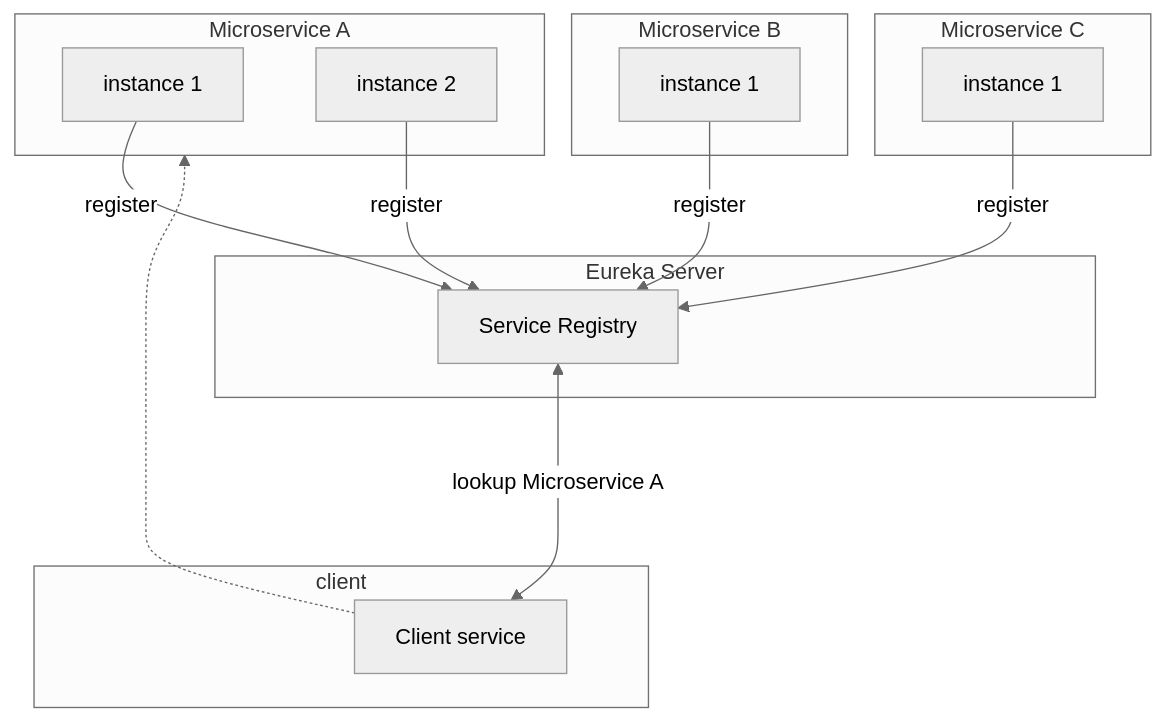
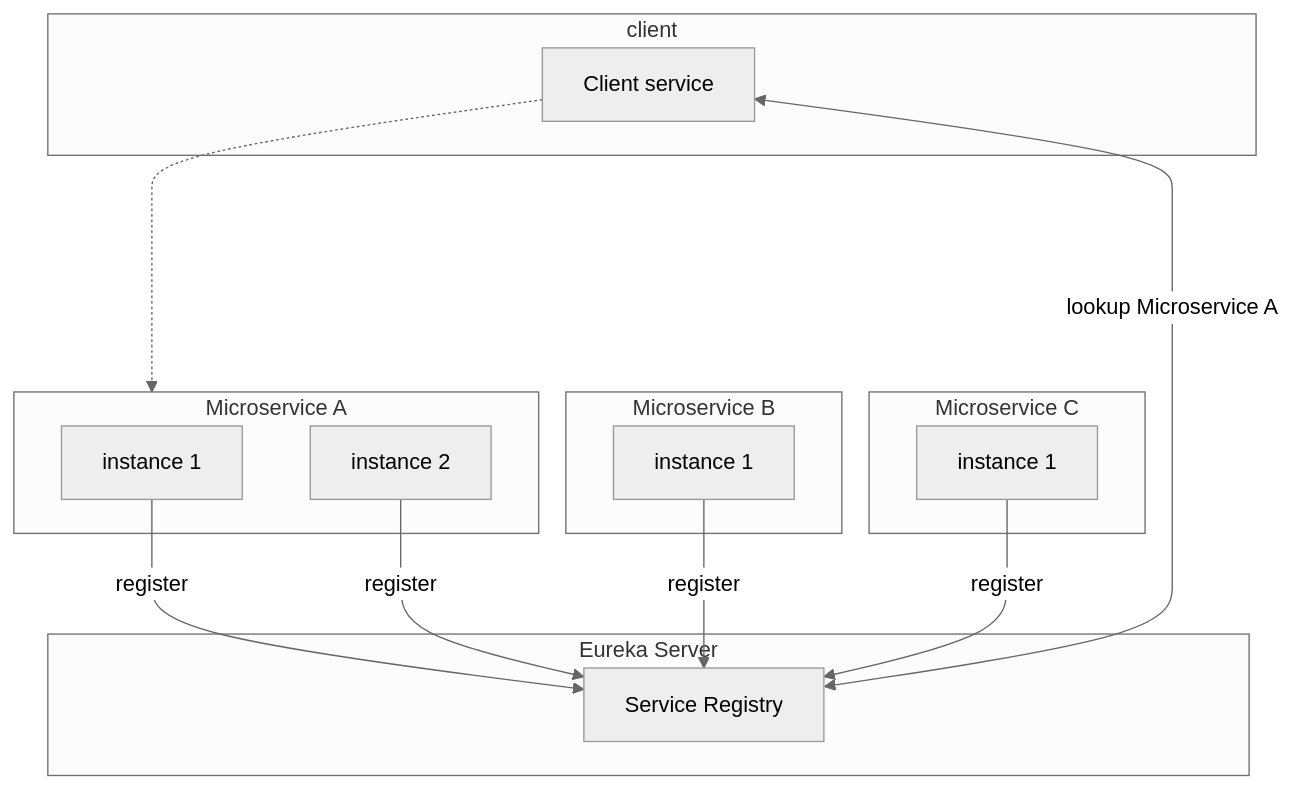
The diagram in service-discovery/README.md (sonamsamdupkhangsar/sonamsamdupkhangsar.github.io), drawn with Mermaid (neutral theme) before and after one commit.

Commit message:
add service discovery

````diff
--- a/service-discovery/README.md
+++ b/service-discovery/README.md
@@ -7,26 +7,27 @@
 ```mermaid
 flowchart TD   
+    D -...->mA
     subgraph mA["Microservice A"]
     A1[instance 1]
     A2[instance 2]
     end
     subgraph "Microservice B"
     B[instance 1]
     end
     subgraph "Microservice C"
     C[instance 1]
     end
     subgraph "Eureka Server"
     Eureka[Service Registry]
     end
     subgraph client
     D[Client service] 
     end
 
     A1 --> |register| Eureka
     A2 --> |register| Eureka
     B --> |register| Eureka
     C --> |register| Eureka
     Eureka <-->|lookup Microservice A| D
-    D -...->mA
+    
 ``` 
````
